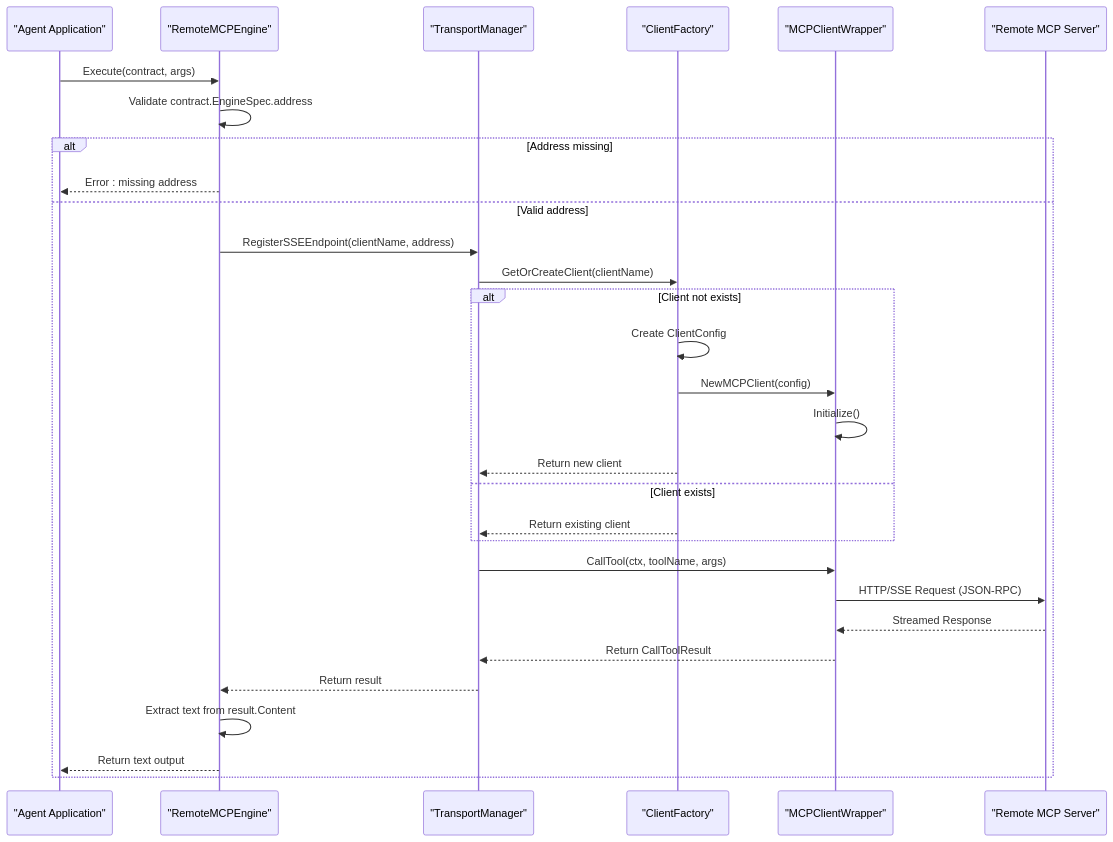
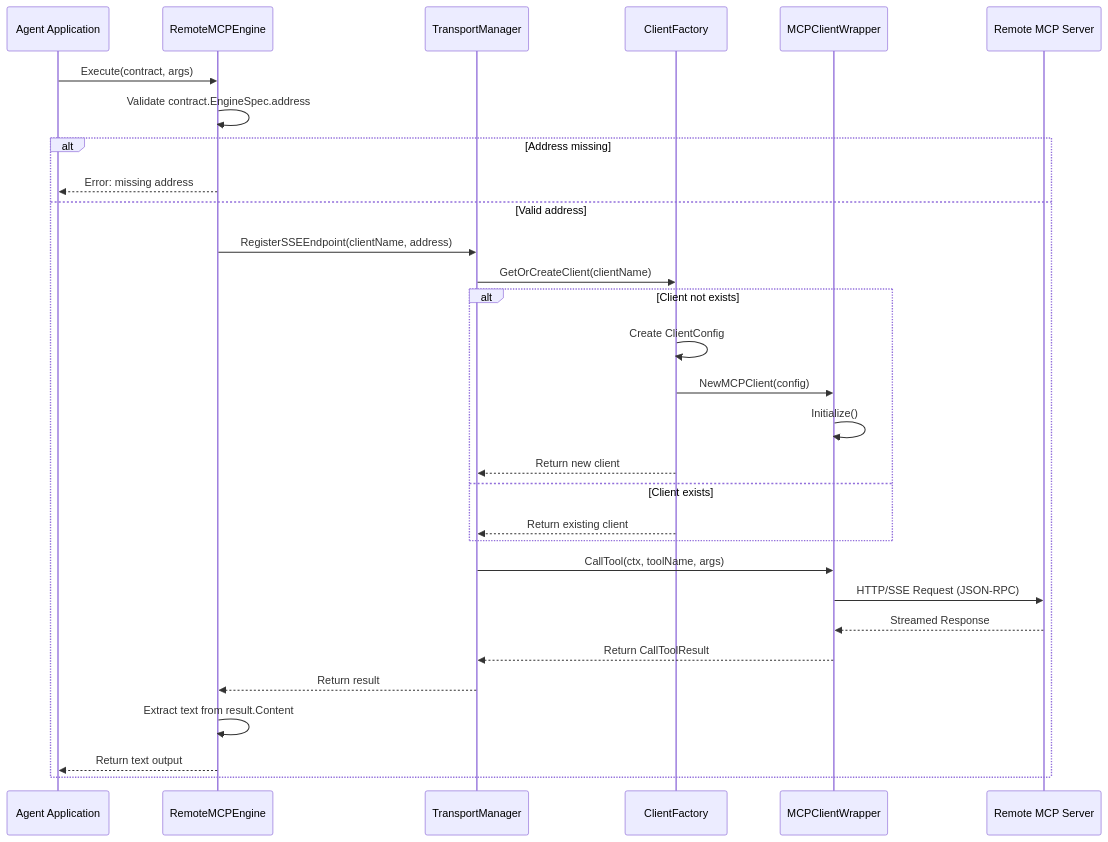
Before and after one commit to prxs-ai/praxis-go-sdk: the second of 2 diagrams in docs/Architecture Overview/Execution Engine Abstraction/Remote MCP Execution Engine.md, drawn with Mermaid. The commit also changed other lines of this file and 33 other files, not shown here.

````diff
--- a/docs/Architecture Overview/Execution Engine Abstraction/Remote MCP Execution Engine.md
+++ b/docs/Architecture Overview/Execution Engine Abstraction/Remote MCP Execution Engine.md
@@ -93,32 +93,32 @@
 ```mermaid
 sequenceDiagram
-participant Client as "Agent Application"
-participant Engine as "RemoteMCPEngine"
-participant TM as "TransportManager"
-participant CF as "ClientFactory"
-participant ClientWrapper as "MCPClientWrapper"
-participant Server as "Remote MCP Server"
-Client->>Engine : Execute(contract, args)
-Engine->>Engine : Validate contract.EngineSpec.address
+participant Client as Agent Application
+participant Engine as RemoteMCPEngine
+participant TM as TransportManager
+participant CF as ClientFactory
+participant ClientWrapper as MCPClientWrapper
+participant Server as Remote MCP Server
+Client->>Engine: Execute(contract, args)
+Engine->>Engine: Validate contract.EngineSpec.address
 alt Address missing
-Engine-->>Client : Error : missing address
+Engine-->>Client: Error: missing address
 else Valid address
-Engine->>TM : RegisterSSEEndpoint(clientName, address)
-TM->>CF : GetOrCreateClient(clientName)
+Engine->>TM: RegisterSSEEndpoint(clientName, address)
+TM->>CF: GetOrCreateClient(clientName)
 alt Client not exists
-CF->>CF : Create ClientConfig
-CF->>ClientWrapper : NewMCPClient(config)
-ClientWrapper->>ClientWrapper : Initialize()
-CF-->>TM : Return new client
+CF->>CF: Create ClientConfig
+CF->>ClientWrapper: NewMCPClient(config)
+ClientWrapper->>ClientWrapper: Initialize()
+CF-->>TM: Return new client
 else Client exists
-CF-->>TM : Return existing client
+CF-->>TM: Return existing client
 end
-TM->>ClientWrapper : CallTool(ctx, toolName, args)
-ClientWrapper->>Server : HTTP/SSE Request (JSON-RPC)
-Server-->>ClientWrapper : Streamed Response
-ClientWrapper-->>TM : Return CallToolResult
-TM-->>Engine : Return result
-Engine->>Engine : Extract text from result.Content
-Engine-->>Client : Return text output
+TM->>ClientWrapper: CallTool(ctx, toolName, args)
+ClientWrapper->>Server: HTTP/SSE Request (JSON-RPC)
+Server-->>ClientWrapper: Streamed Response
+ClientWrapper-->>TM: Return CallToolResult
+TM-->>Engine: Return result
+Engine->>Engine: Extract text from result.Content
+Engine-->>Client: Return text output
 end
 ```
````
